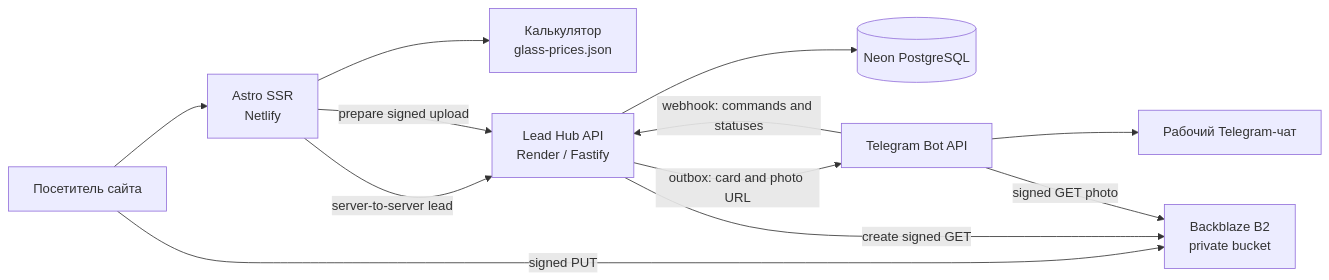
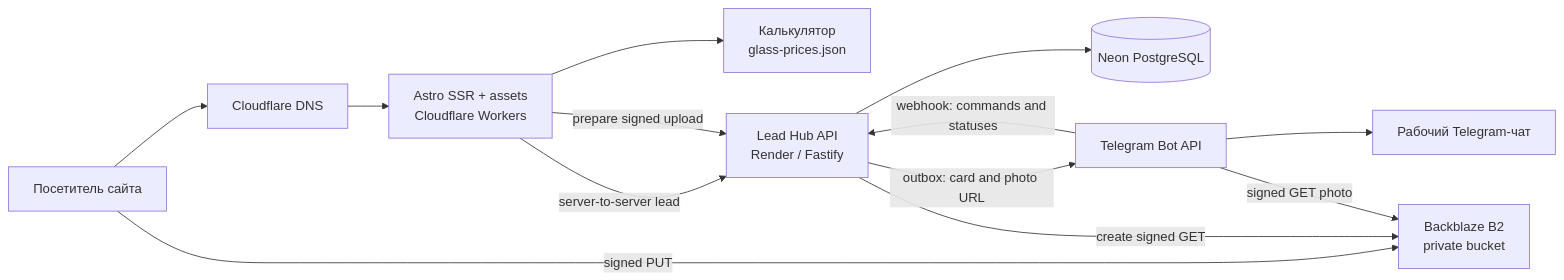
Before and after one commit to liber10/belstekloexpert-astro: the diagram in docs/architecture.md, drawn with Mermaid. The commit also changed other lines of this file and 57 other files, not shown here.

````diff
--- a/docs/architecture.md
+++ b/docs/architecture.md
@@ -7,23 +7,24 @@
 ```mermaid
 flowchart LR
     USER["Посетитель сайта"]
-    SITE["Astro SSR<br/>Netlify"]
+    DNS["Cloudflare DNS"]
+    SITE["Astro SSR + assets<br/>Cloudflare Workers"]
     CALC["Калькулятор<br/>glass-prices.json"]
     HUB["Lead Hub API<br/>Render / Fastify"]
     DB[("Neon PostgreSQL")]
     B2["Backblaze B2<br/>private bucket"]
     TG["Telegram Bot API"]
     CHAT["Рабочий Telegram-чат"]
 
-    USER --> SITE
+    USER --> DNS --> SITE
     SITE --> CALC
     SITE -->|"server-to-server lead"| HUB
     SITE -->|"prepare signed upload"| HUB
     USER -->|"signed PUT"| B2
     HUB --> DB
     HUB -->|"outbox: card and photo URL"| TG
     TG -->|"webhook: commands and statuses"| HUB
     HUB -->|"create signed GET"| B2
     TG -->|"signed GET photo"| B2
     TG --> CHAT
 ```
````
